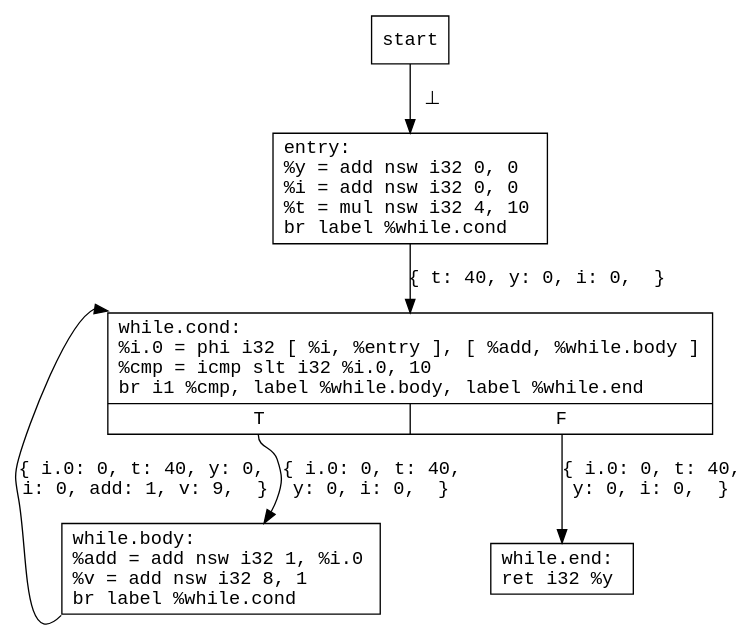
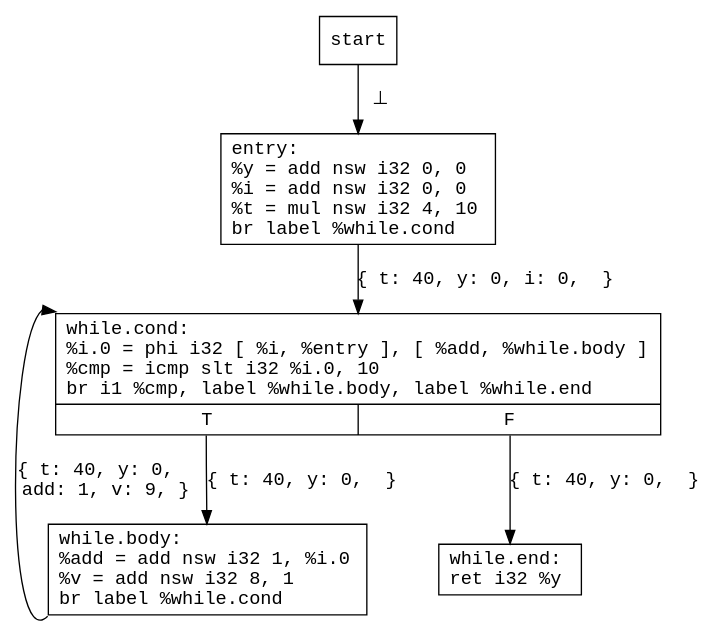
The diagram in report/figures/cp/cp_loop/cp_loop.dot (ZheWang711/cse231-1), drawn with Graphviz before and after one commit. The commit also changed 6 other files, not shown here.

```diff
--- a/report/figures/cp/cp_loop/cp_loop.dot
+++ b/report/figures/cp/cp_loop/cp_loop.dot
@@ -1,21 +1,21 @@
 digraph loopCP {
 	node [shape=record,fontname="Courier"];
 	edge [fontname="Courier"];
 
 	start;
 	start -> Node0x32d68b0[label="  &#8869;"];
 
 	Node0x32d68b0 [shape=record,label="{entry:\l  %y = add nsw i32 0, 0\l  %i = add nsw i32 0, 0\l  %t = mul nsw i32 4, 10\l  br label %while.cond\l}"];
 	Node0x32d68b0 -> Node0x32d6910[label="{ t: 40, y: 0, i: 0,  }"];
 	
 	Node0x32d6910 [shape=record,label="{while.cond:                                       \l  %i.0 = phi i32 [ %i, %entry ], [ %add, %while.body ]\l  %cmp = icmp slt i32 %i.0, 10\l  br i1 %cmp, label %while.body, label %while.end\l|{<s0>T|<s1>F}}"];
 
-	Node0x32d6910:s0 -> Node0x32d6970[label="{ i.0: 0, t: 40,\l y: 0, i: 0,  }"];	
-	Node0x32d6910:s1 -> Node0x32d69d0[label="{ i.0: 0, t: 40,\l y: 0, i: 0,  }"];
+	Node0x32d6910:s0 -> Node0x32d6970[label="{ t: 40, y: 0,  }"];	
+	Node0x32d6910:s1 -> Node0x32d69d0[label="{ t: 40, y: 0,  }"];
 
 	
 	Node0x32d6970 [shape=record,label="{while.body:                                       \l  %add = add nsw i32 1, %i.0\l  %v = add nsw i32 8, 1\l  br label %while.cond\l}"];
 
-	Node0x32d6970:sw -> Node0x32d6910:nw[label="{ i.0: 0, t: 40, y: 0,\l i: 0, add: 1, v: 9,  }"];
+	Node0x32d6970:sw -> Node0x32d6910:nw[label="{ t: 40, y: 0,\l add: 1, v: 9, }"];
 	Node0x32d69d0 [shape=record,label="{while.end:                                        \l  ret i32 %y\l}"];
 }
```
